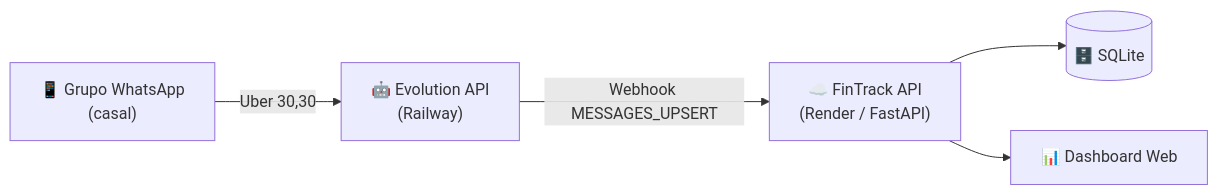
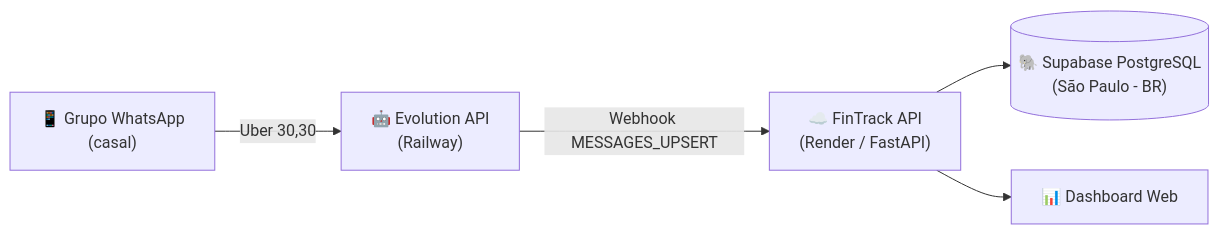
Before and after one commit to GodoyDevv/financas: the diagram in README.md, drawn with Mermaid. The commit also changed other lines of this file, not shown here.

Commit message:
docs: update README with Supabase PostgreSQL and private repo configuration

````diff
--- a/README.md
+++ b/README.md
@@ -39,7 +40,7 @@
 ```mermaid
 flowchart LR
     A["📱 Grupo WhatsApp<br/>(casal)"] -->|"Uber 30,30"| B["🤖 Evolution API<br/>(Railway)"]
     B -->|"Webhook MESSAGES_UPSERT"| C["☁️ FinTrack API<br/>(Render / FastAPI)"]
-    C --> D[("🗄️ SQLite")]
+    C --> D[("🐘 Supabase PostgreSQL<br/>(São Paulo - BR)")]
     C --> E["📊 Dashboard Web"]
 ```
````
